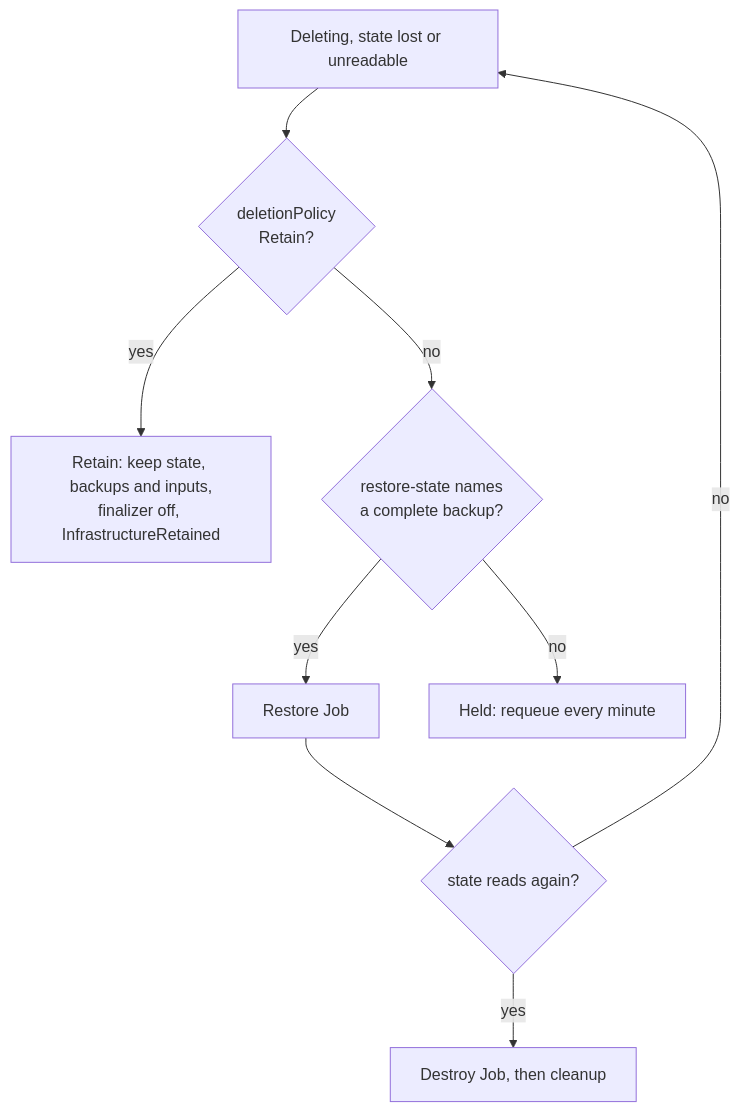
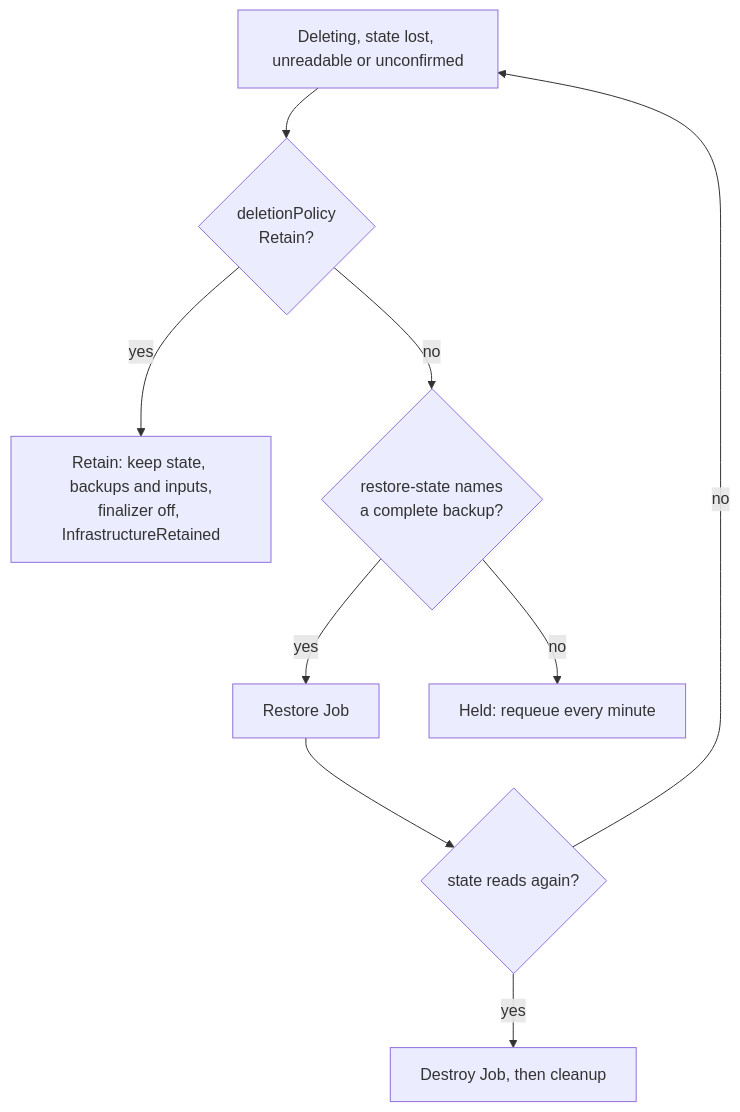
Before and after one commit to captf-io/captf-io.github.io: the diagram in docs/docs/concepts/deletion/held.md, drawn with Mermaid. The commit also changed other lines of this file and 22 other files, not shown here.

````diff
--- a/docs/docs/concepts/deletion/held.md
+++ b/docs/docs/concepts/deletion/held.md
@@ -70,11 +97,11 @@
 ```mermaid
 flowchart TD
-    A[Deleting, state lost or unreadable] --> B{deletionPolicy<br/>Retain?}
+    A[Deleting, state lost, unreadable or unconfirmed] --> B{deletionPolicy<br/>Retain?}
     B -- yes --> X[Retain: keep state, backups and inputs,<br/>finalizer off, InfrastructureRetained]
     B -- no --> C{restore-state names<br/>a complete backup?}
     C -- yes --> R[Restore Job]
     R --> S{state reads again?}
     S -- yes --> D[Destroy Job, then cleanup]
     S -- no --> A
     C -- no --> H[Held: requeue every minute]
 ```
````
